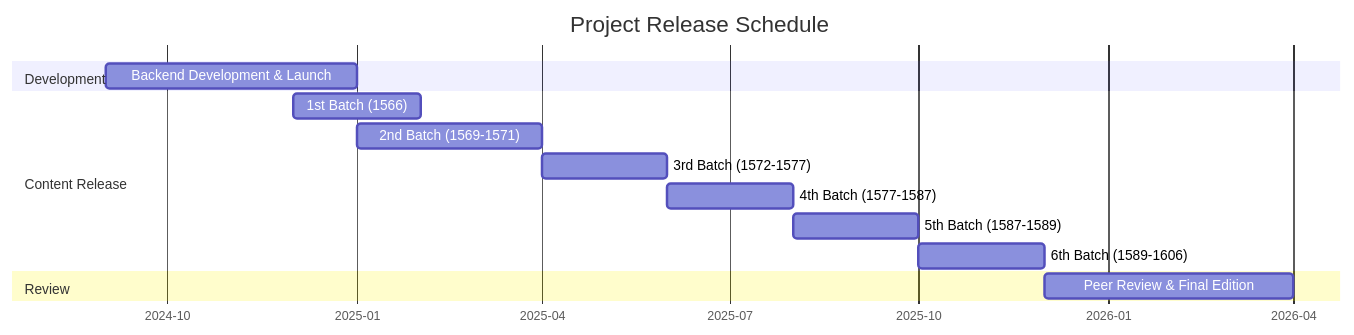
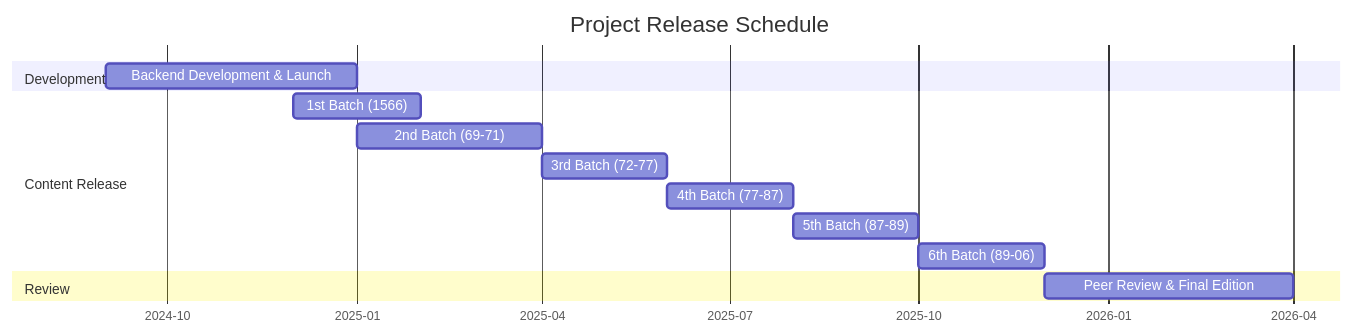
The diagram in README.md (Pantagrueliste/CavrianaCorr), drawn with Mermaid before and after one commit.

````diff
--- a/README.md
+++ b/README.md
@@ -29,21 +29,21 @@
 ```mermaid
 gantt
     title Project Release Schedule
     dateFormat YYYY-MM
     axisFormat %Y-%m
     
     section Development
     Backend Development & Launch :2024-09, 2025-01
     
     section Content Release
     
     1st Batch (1566)         :2024-12, 2025-02
-    2nd Batch (1569-1571)     :2025-01, 2025-04
-    3rd Batch (1572-1577)      :2025-04, 2025-06
-    4th Batch (1577-1587)     :2025-06, 2025-08
-    5th Batch (1587-1589)      :2025-08, 2025-10
-    6th Batch (1589-1606)      :2025-10, 2025-12
+    2nd Batch (69-71)     :2025-01, 2025-04
+    3rd Batch (72-77)      :2025-04, 2025-06
+    4th Batch (77-87)     :2025-06, 2025-08
+    5th Batch (87-89)      :2025-08, 2025-10
+    6th Batch (89-06)      :2025-10, 2025-12
     
     section Review
     Peer Review & Final Edition  :2025-12, 2026-04
 ```
````
